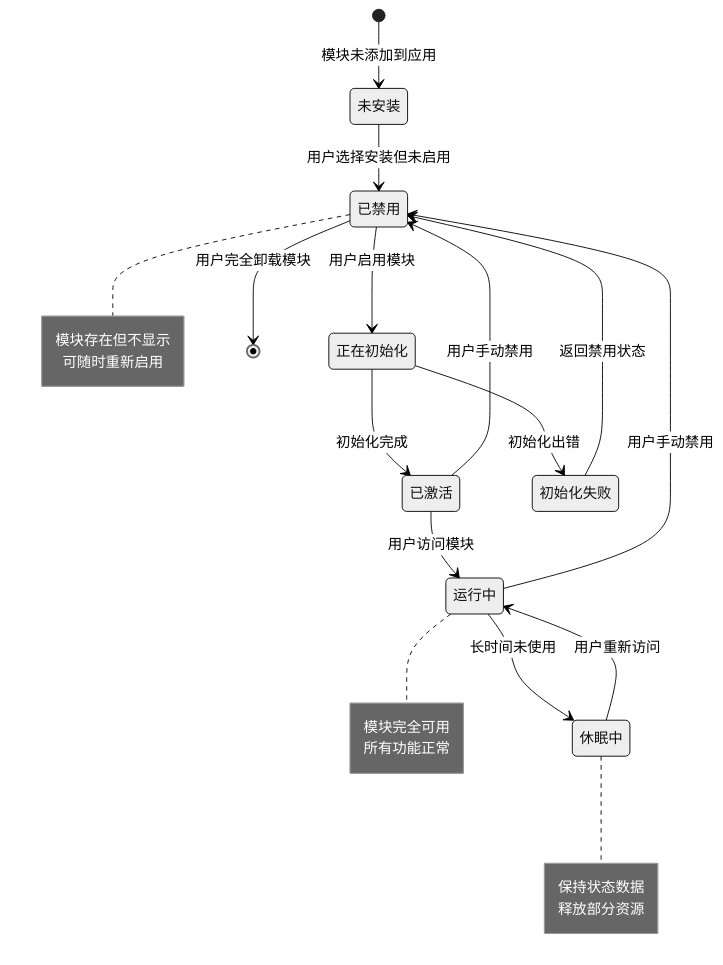
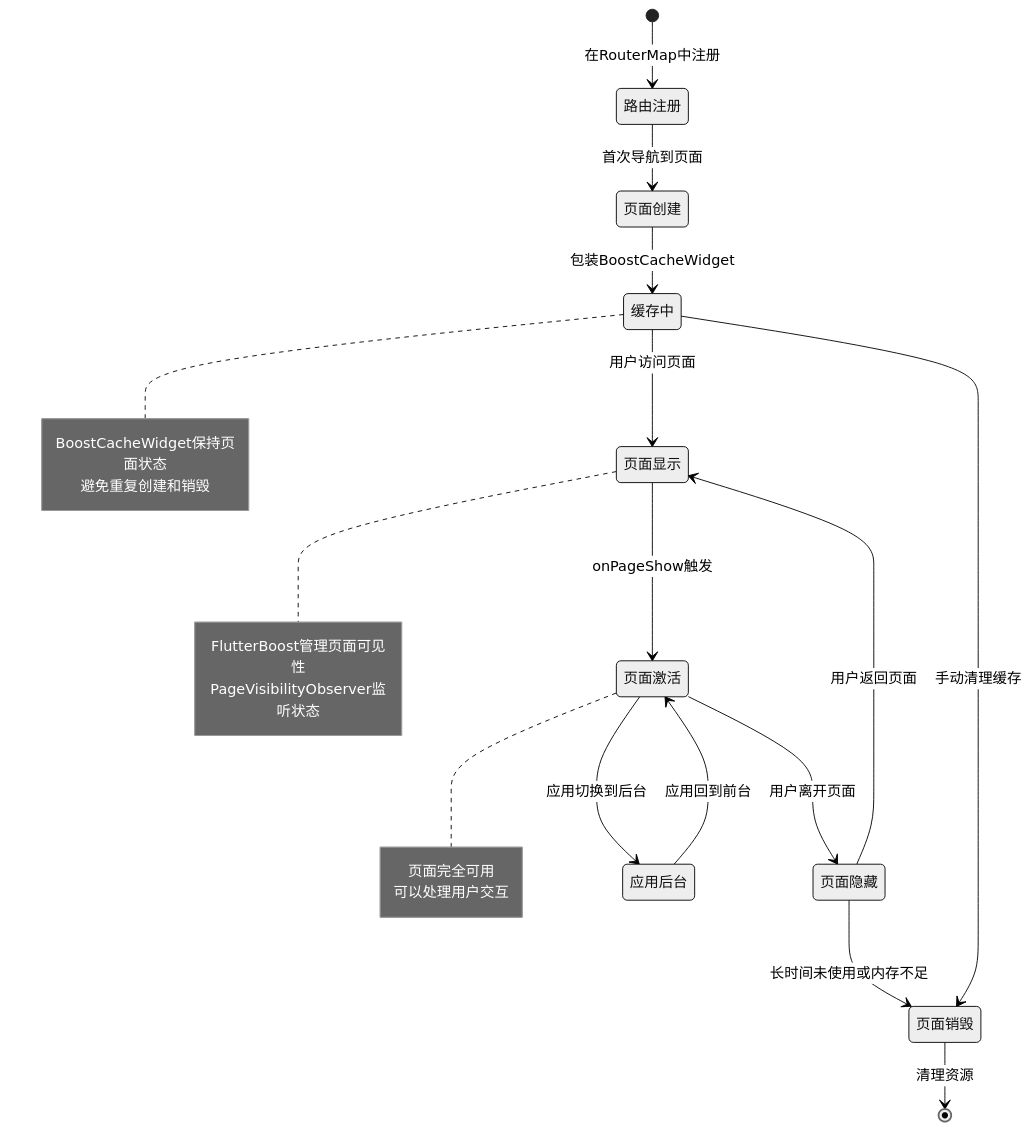
Before and after one commit to SnailDong/liferecord: the ninth of 10 diagrams in LifeRecord_Design_Document.md, drawn with Mermaid (neutral theme). The commit also changed other lines of this file, not shown here.

````diff
--- a/LifeRecord_Design_Document.md
+++ b/LifeRecord_Design_Document.md
@@ -1498,30 +2208,34 @@
 ```mermaid
 stateDiagram-v2
-    [*] --> 未安装: 模块未添加到应用
-    未安装 --> 已禁用: 用户选择安装但未启用
-    已禁用 --> 正在初始化: 用户启用模块
-    正在初始化 --> 已激活: 初始化完成
-    已激活 --> 运行中: 用户访问模块
-    运行中 --> 休眠中: 长时间未使用
-    休眠中 --> 运行中: 用户重新访问
-    运行中 --> 已禁用: 用户手动禁用
-    已激活 --> 已禁用: 用户手动禁用
-    正在初始化 --> 初始化失败: 初始化出错
-    初始化失败 --> 已禁用: 返回禁用状态
-    已禁用 --> [*]: 用户完全卸载模块
+    [*] --> 路由注册: 在RouterMap中注册
+    路由注册 --> 页面创建: 首次导航到页面
+    页面创建 --> 缓存中: 包装BoostCacheWidget
 
-    note right of 运行中
-        模块完全可用
-        所有功能正常
+    缓存中 --> 页面显示: 用户访问页面
+    页面显示 --> 页面激活: onPageShow触发
+    页面激活 --> 页面隐藏: 用户离开页面
+    页面隐藏 --> 页面显示: 用户返回页面
+
+    页面激活 --> 应用后台: 应用切换到后台
+    应用后台 --> 页面激活: 应用回到前台
+
+    页面隐藏 --> 页面销毁: 长时间未使用或内存不足
+    页面销毁 --> [*]: 清理资源
+
+    缓存中 --> 页面销毁: 手动清理缓存
+
+    note right of 页面显示
+        FlutterBoost管理页面可见性
+        PageVisibilityObserver监听状态
     end note
 
-    note right of 休眠中
-        保持状态数据
-        释放部分资源
+    note right of 缓存中
+        BoostCacheWidget保持页面状态
+        避免重复创建和销毁
     end note
 
-    note right of 已禁用
-        模块存在但不显示
-        可随时重新启用
+    note right of 页面激活
+        页面完全可用
+        可以处理用户交互
     end note
 ```
````
